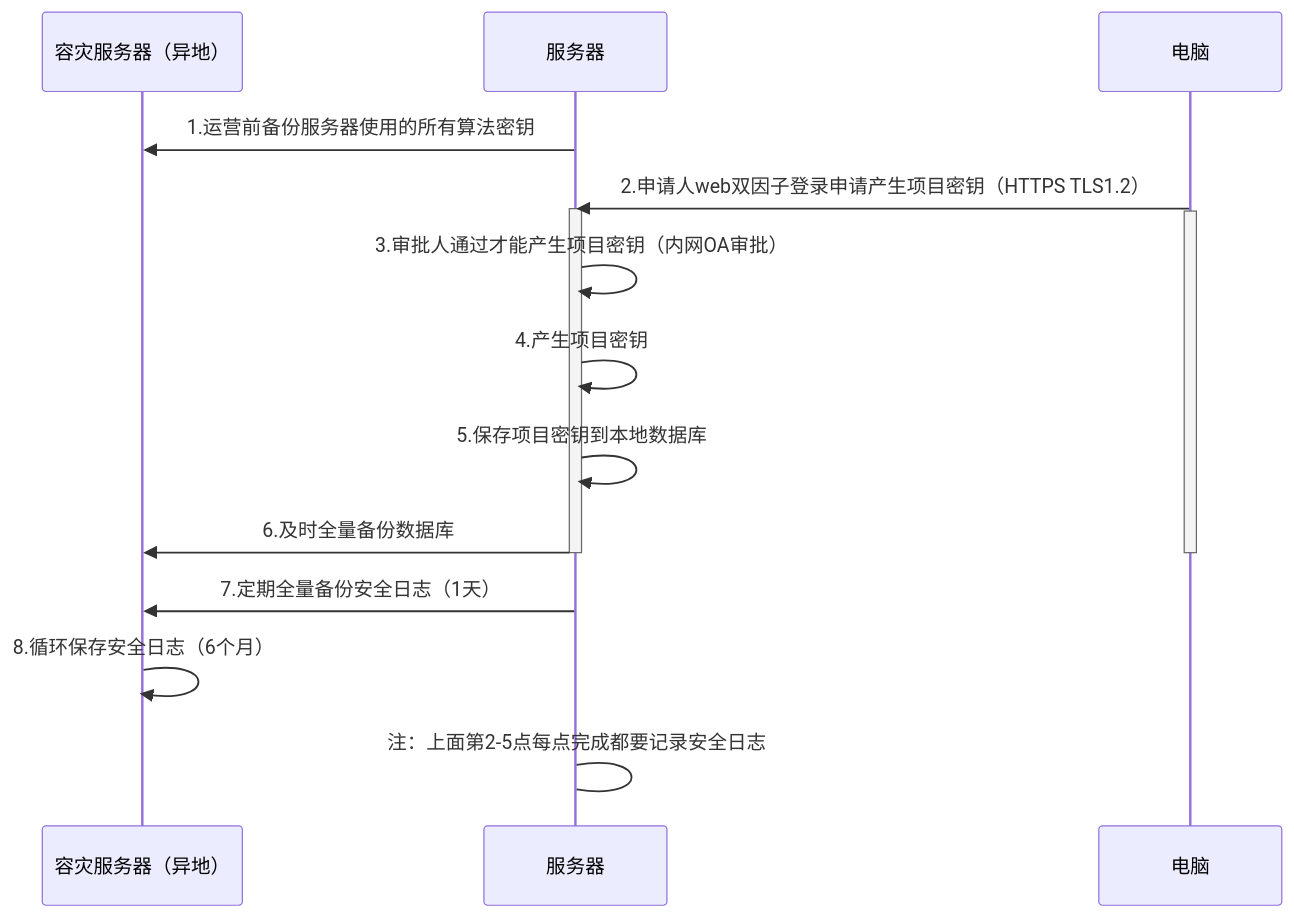
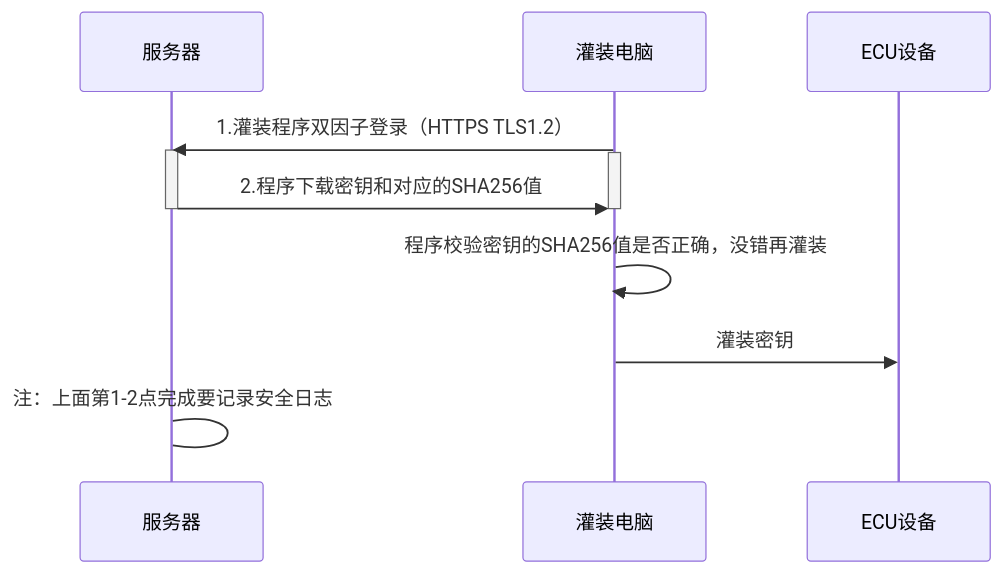
The diagram in all/未命名-25.md (facebook-cloud/iodraw-files), drawn with Mermaid before and after one commit.

Commit message:
2026-04-21 15:11:12 update

````diff
--- a/all/未命名-25.md
+++ b/all/未命名-25.md
@@ -1,26 +1,21 @@
 ```mermaid
 sequenceDiagram
-    participant A as 容灾服务器（异地）
+  
     participant B as 服务器
-    participant D as 电脑
+    participant D as 灌装电脑
+    participant E as ECU设备
 
-    B->>A: 1.运营前备份服务器使用的所有算法密钥
-    D->>B: 2.申请人web双因子登录申请产生项目密钥（HTTPS TLS1.2）
+    D->>B: 1.灌装程序双因子登录（HTTPS TLS1.2）
     activate B
     activate D
-    B->>B: 3.审批人通过才能产生项目密钥（内网OA审批）
-    B->>B: 4.产生项目密钥
-    B->>B: 5.保存项目密钥到本地数据库
-    B->>A: 6.及时全量备份数据库
+
+    B->>D: 2.程序下载密钥和对应的SHA256值 
 
     deactivate B
     deactivate D
+    
+    D->>D:程序校验密钥的SHA256值是否正确，没错再灌装
+    D->>E: 灌装密钥
 
-    B->>A: 7.定期全量备份安全日志（1天）
-    A->>A: 8.循环保存安全日志（6个月）
-    
-    B->B: 注：上面第2-5点每点完成都要记录安全日志
-
-    
-
+    B->B: 注：上面第1-2点完成要记录安全日志
 ```
````
